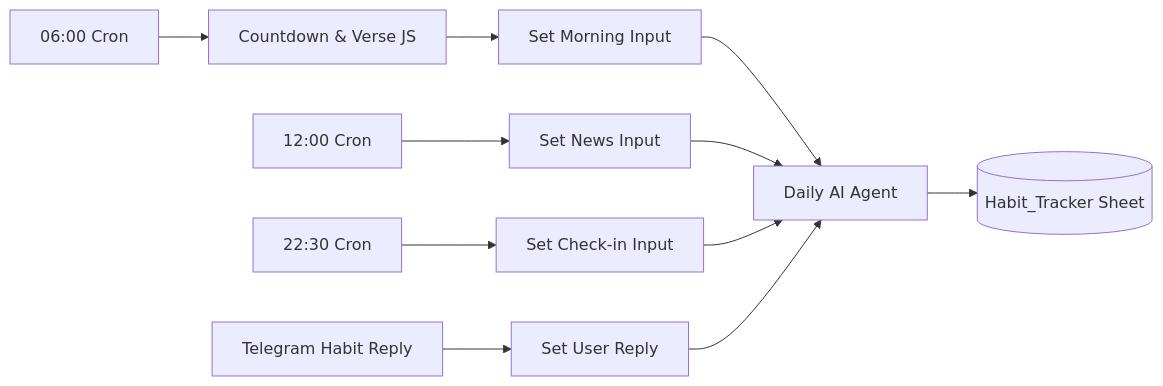
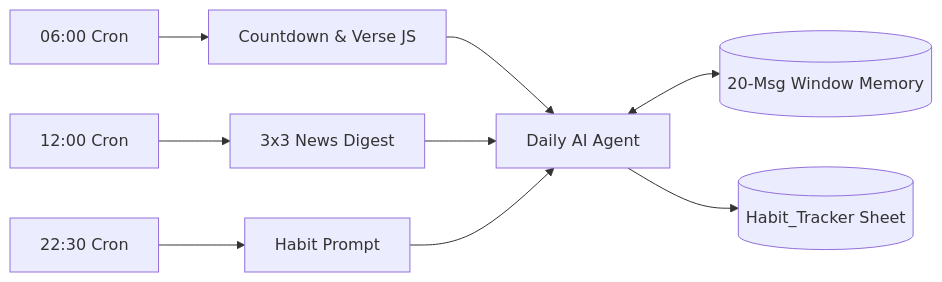
One commit to tsekingyeung-lab/multi-agent-automation-pipeline changed the sixth of 7 diagrams in README.md. Above: the diagram before and after it, drawn with Mermaid. The commit also changed other lines of this file, not shown here.

````diff
--- a/README.md
+++ b/README.md
@@ -124,8 +200,8 @@
 ```mermaid
 graph LR
-    C1[06:00 Cron] --> CODE[Countdown & Verse JS] --> S1[Set Morning Input]
-    C2[12:00 Cron] --> S2[Set News Input]
-    C3[22:30 Cron] --> S3[Set Check-in Input]
-    TG_HABIT[Telegram Habit Reply] --> S4[Set User Reply]
-    S1 & S2 & S3 & S4 --> DA[Daily AI Agent] --> GS[(Habit_Tracker Sheet)]
+    C1[06:00 Cron] --> JS[Countdown & Verse JS]
+    C2[12:00 Cron] --> NEWS[3x3 News Digest]
+    C3[22:30 Cron] --> HABIT[Habit Prompt]
+    JS & NEWS & HABIT --> DA[Daily AI Agent] <--> MEM[(20-Msg Window Memory)]
+    DA --> GS[(Habit_Tracker Sheet)]
 ```
````
